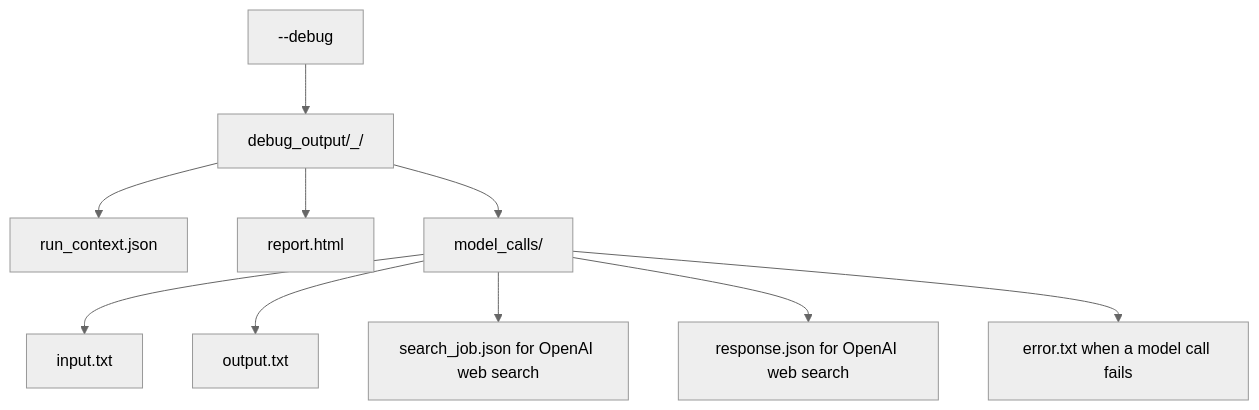
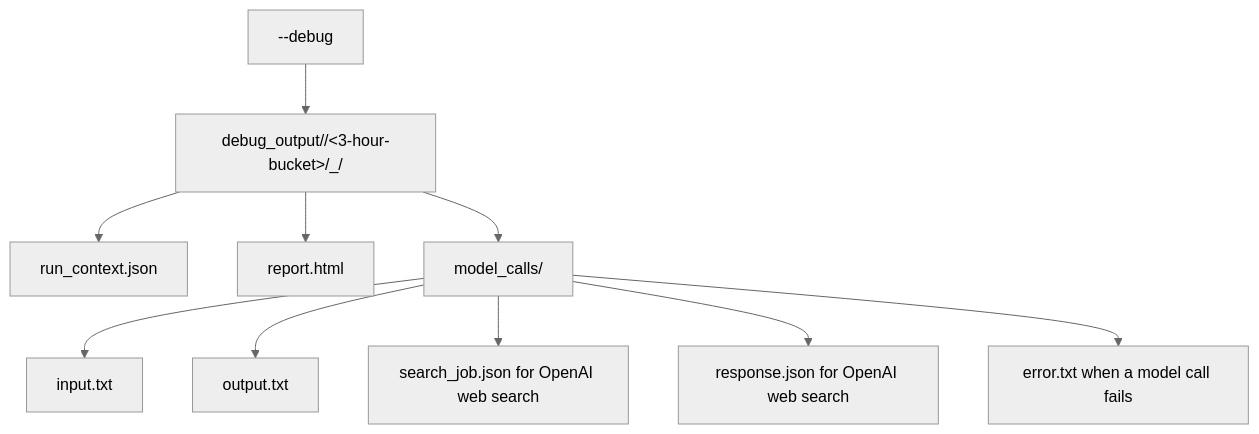
One commit to mouak-ayoub/news_agent changed the fifth of 5 diagrams in docs/ARCHITECTURE.md. Above: the diagram before and after it, drawn with Mermaid (neutral theme). The commit also changed other lines of this file and 39 other files, not shown here.

````diff
--- a/docs/ARCHITECTURE.md
+++ b/docs/ARCHITECTURE.md
@@ -169,12 +190,12 @@
 ```mermaid
 flowchart TD
-    Run["--debug"] --> Folder["debug_output/<timestamp>_<query>/"]
+    Run["--debug"] --> Folder["debug_output/<day>/<3-hour-bucket>/<timestamp>_<query>/"]
     Folder --> Context["run_context.json"]
     Folder --> Report["report.html"]
     Folder --> Calls["model_calls/"]
     Calls --> In["input.txt"]
     Calls --> Out["output.txt"]
     Calls --> Job["search_job.json for OpenAI web search"]
     Calls --> Resp["response.json for OpenAI web search"]
     Calls --> Err["error.txt when a model call fails"]
 ```
````
